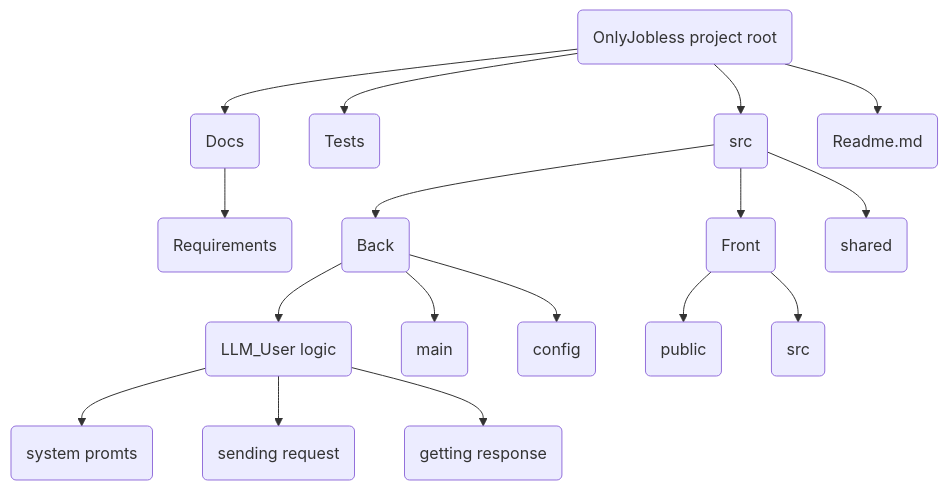
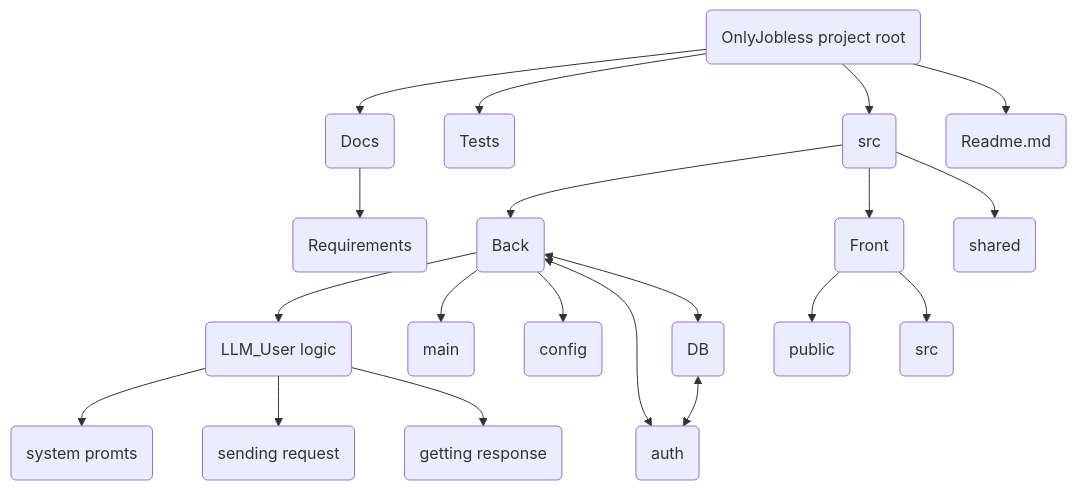
The first of 2 diagrams in README.md (VsevolodYanovskiy/OnlyJobless), drawn with Mermaid before and after one commit.

Commit message:
one more update

````diff
--- a/README.md
+++ b/README.md
@@ -8,20 +8,23 @@
 ```mermaid
 graph TD
     A(OnlyJobless project root)
     A --> B(Docs)
     A --> C(Tests)
     A --> D(src)
     A --> E(Readme.md)
     B --> F(Requirements)
     D --> G(Back)
     D --> H(Front)
     D --> I(shared)
     G --> J(LLM_User logic)
     G --> K(main)
     G --> L(config)
+    G <--> R(auth)
+    G <--> S(DB)
+    S <--> R
     H --> M(public)
     H --> N(src)
     J --> O(system promts)
     J --> P(sending request)
     J --> Q(getting response)
 ```
````
